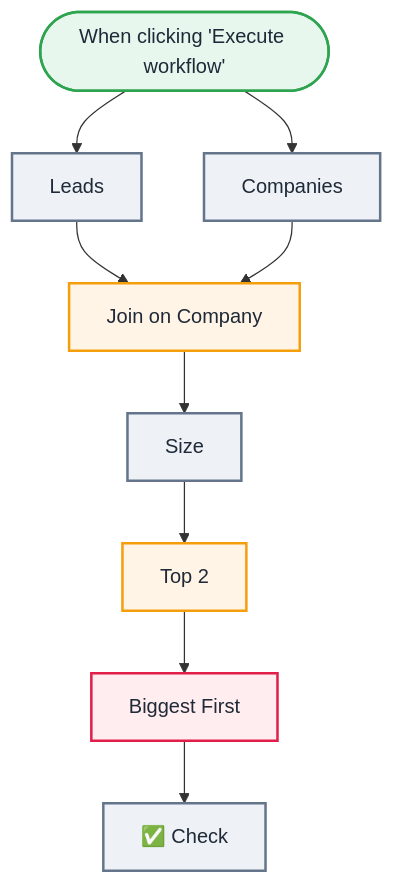
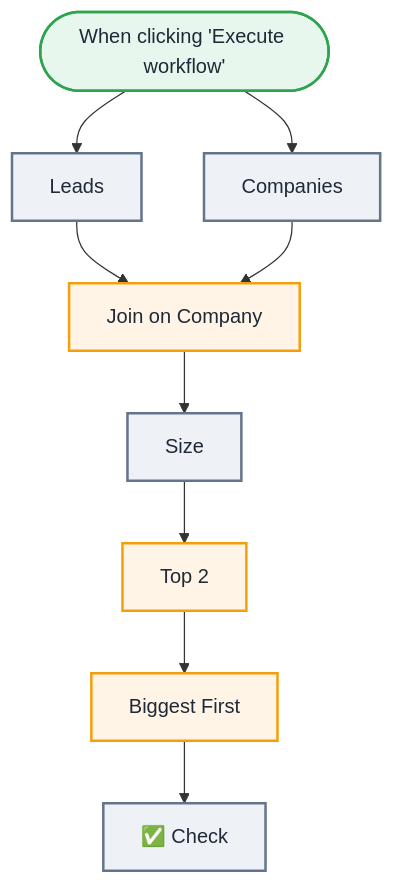
The second of 2 diagrams in workflows/X02-debug-top-leads/README.md (callme-siva/n8n-knowledge), drawn with Mermaid before and after one commit. The commit also changed other lines of this file and 7 other files, not shown here.

````diff
--- a/workflows/X02-debug-top-leads/README.md
+++ b/workflows/X02-debug-top-leads/README.md
@@ -36,23 +36,22 @@
 ```mermaid
 flowchart TB
   n0(["When clicking 'Execute workflow'"]):::trigger
   n1["Leads"]:::code
   n2["Companies"]:::code
   n3["Join on Company"]:::logic
   n4["Size"]:::code
-  n5["Biggest First"]:::msg
+  n5["Biggest First"]:::logic
   n6["Top 2"]:::logic
   n7["✅ Check"]:::code
   n0 --> n1
   n0 --> n2
   n1 --> n3
   n2 --> n3
   n3 --> n4
   n4 --> n6
   n6 --> n5
   n5 --> n7
   classDef trigger fill:#E8F7EE,stroke:#2EA44F,stroke-width:2px,color:#1F2937
   classDef logic fill:#FFF4E5,stroke:#F59E0B,stroke-width:2px,color:#1F2937
   classDef code fill:#EEF2F7,stroke:#64748B,stroke-width:2px,color:#1F2937
-  classDef msg fill:#FFEDEF,stroke:#E11D48,stroke-width:2px,color:#1F2937
 ```
````
